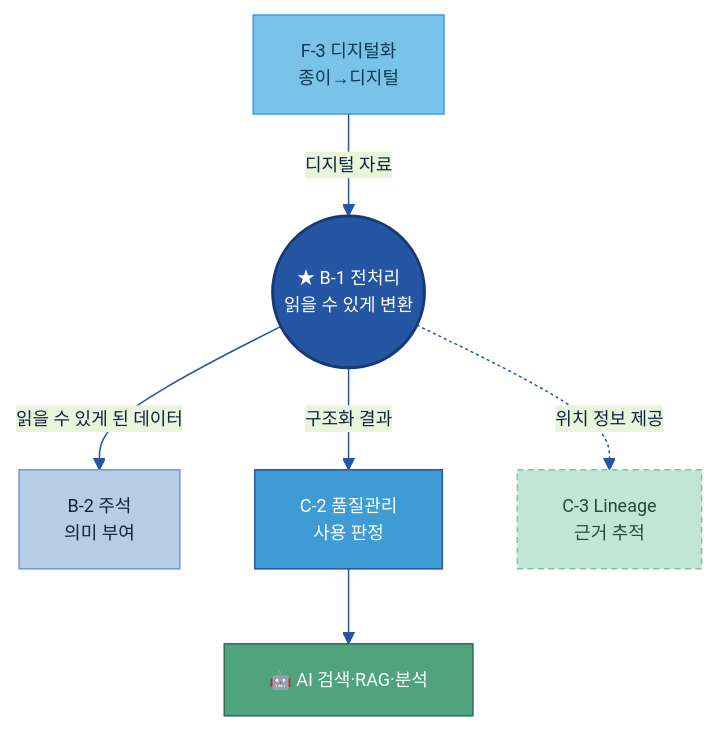
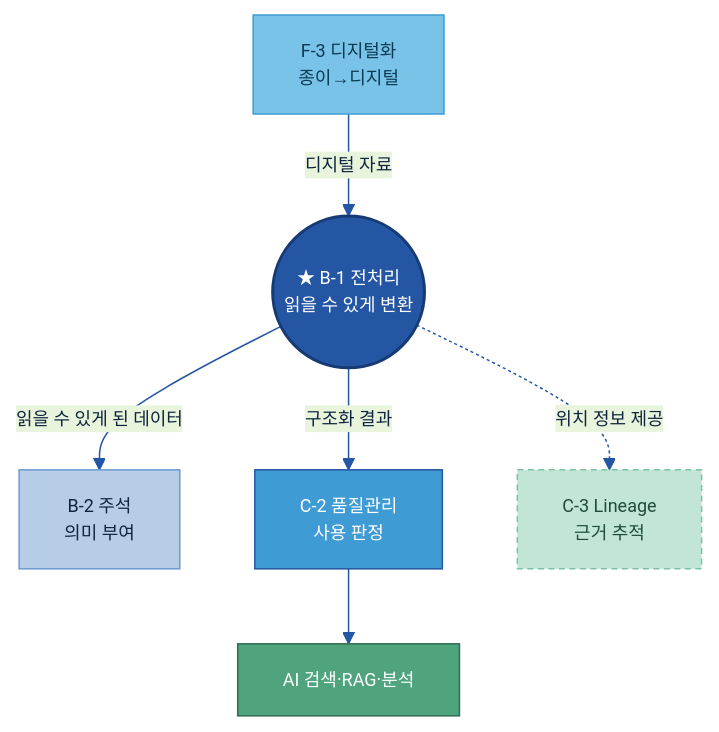
Before and after one commit to jin-kearney/ai-ready-data-manual: the eighth of 9 diagrams in 가이드 작성/B-1 데이터 전처리/B-1 데이터 전처리.md, drawn with Mermaid. The commit also changed other lines of this file and 4 other files, not shown here.

````diff
--- a/가이드 작성/B-1 데이터 전처리/B-1 데이터 전처리.md
+++ b/가이드 작성/B-1 데이터 전처리/B-1 데이터 전처리.md
@@ -728,20 +728,20 @@
 ```mermaid
 %%{init: {'theme':'base','themeVariables':{'primaryColor':'#DCE8F5','primaryBorderColor':'#2456A4','primaryTextColor':'#10243f','lineColor':'#2456A4','clusterBkg':'#EEF4FB','clusterBorder':'#6B9AD1','fontSize':'12px'}}}%%
 flowchart TB
     F3["F-3 디지털화<br/>종이→디지털"]:::src
     B1(("★ B-1 전처리<br/>읽을 수 있게 변환")):::cat
     B2["B-2 주석<br/>의미 부여"]:::n
     C2["C-2 품질관리<br/>사용 판정"]:::gate
     C3["C-3 Lineage<br/>근거 추적"]:::cross
-    USE["🤖 AI 검색·RAG·분석"]:::loop
+    USE["AI 검색·RAG·분석"]:::loop
     F3 -->|디지털 자료| B1
     B1 -->|읽을 수 있게 된 데이터| B2
     B1 -->|구조화 결과| C2 --> USE
     B1 -. 위치 정보 제공 .-> C3
     classDef n fill:#B7CDE6,stroke:#6B9AD1,color:#10243f;
     classDef src fill:#79C3E8,stroke:#3F9BD4,color:#0b3a52;
     classDef cat fill:#2456A4,color:#fff,stroke:#163a73,stroke-width:2px;
     classDef gate fill:#3F9BD4,stroke:#2456A4,color:#fff;
     classDef loop fill:#4FA47D,stroke:#2f6b50,color:#fff;
     classDef cross fill:#C2E6D6,stroke:#7CC2A7,color:#1f4d3a,stroke-dasharray:4 3;
 ```
````
